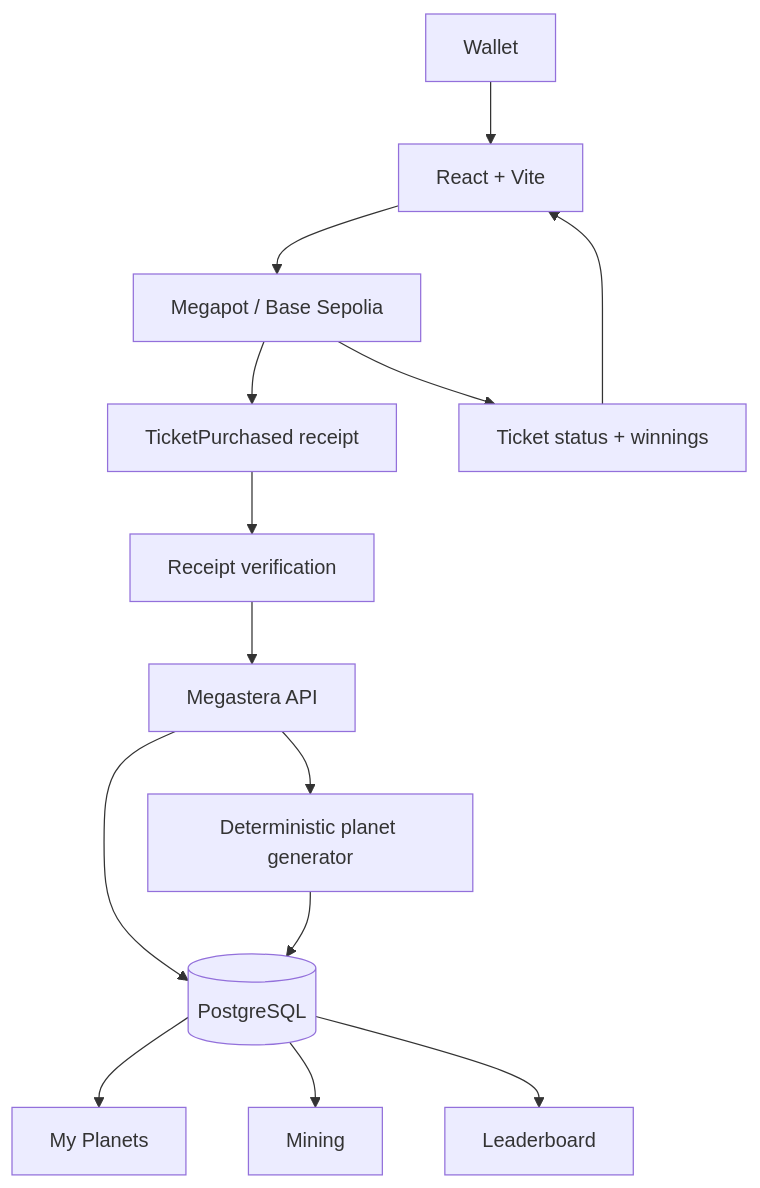
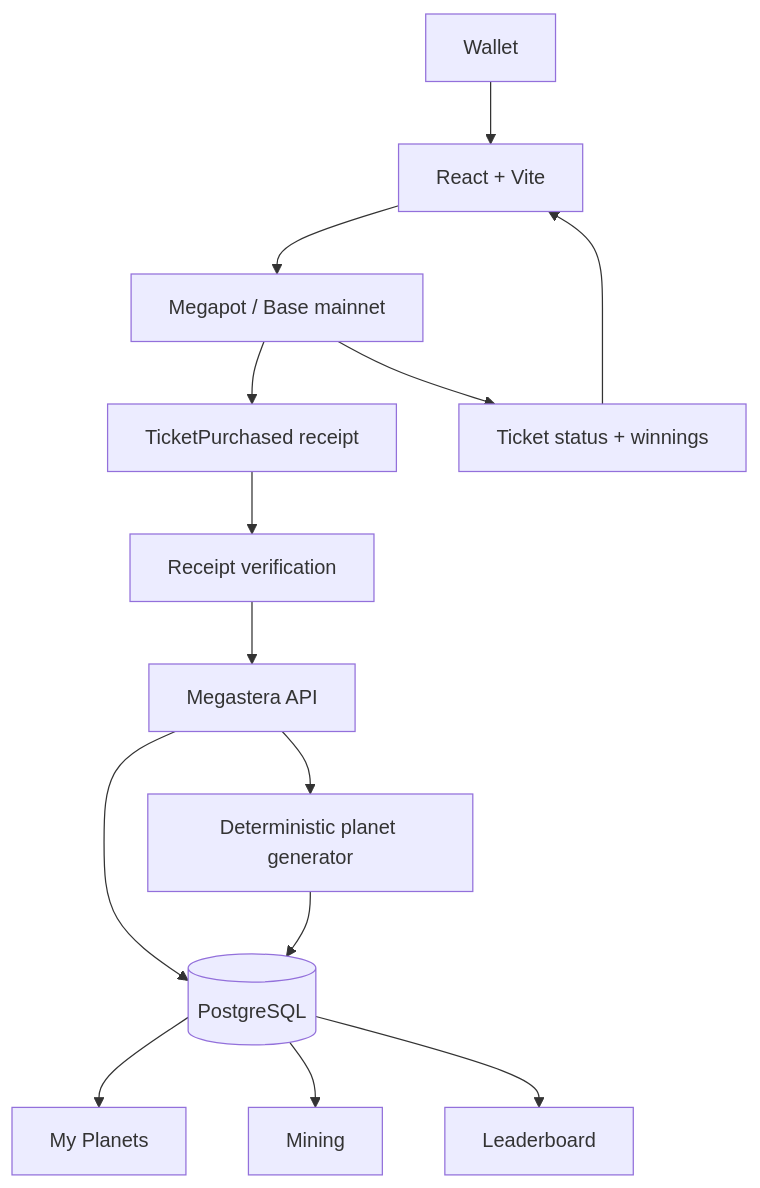
One commit to AstralEX1/megastera changed the third of 3 diagrams in README.md. Above: the diagram before and after it, drawn with Mermaid. The commit also changed other lines of this file, not shown here.

Commit message:
Update README for Base mainnet

````diff
--- a/README.md
+++ b/README.md
@@ -164,16 +150,16 @@
 ```mermaid
 flowchart TD
   W[Wallet] --> UI[React + Vite]
-  UI --> MP[Megapot / Base Sepolia]
+  UI --> MP[Megapot / Base mainnet]
   MP --> R[TicketPurchased receipt]
   R --> V[Receipt verification]
   V --> API[Megastera API]
   API --> DB[(PostgreSQL)]
   API --> GEN[Deterministic planet generator]
   GEN --> DB
   DB --> C[My Planets]
   DB --> M[Mining]
   DB --> L[Leaderboard]
   MP --> T[Ticket status + winnings]
   T --> UI
 ```
````
